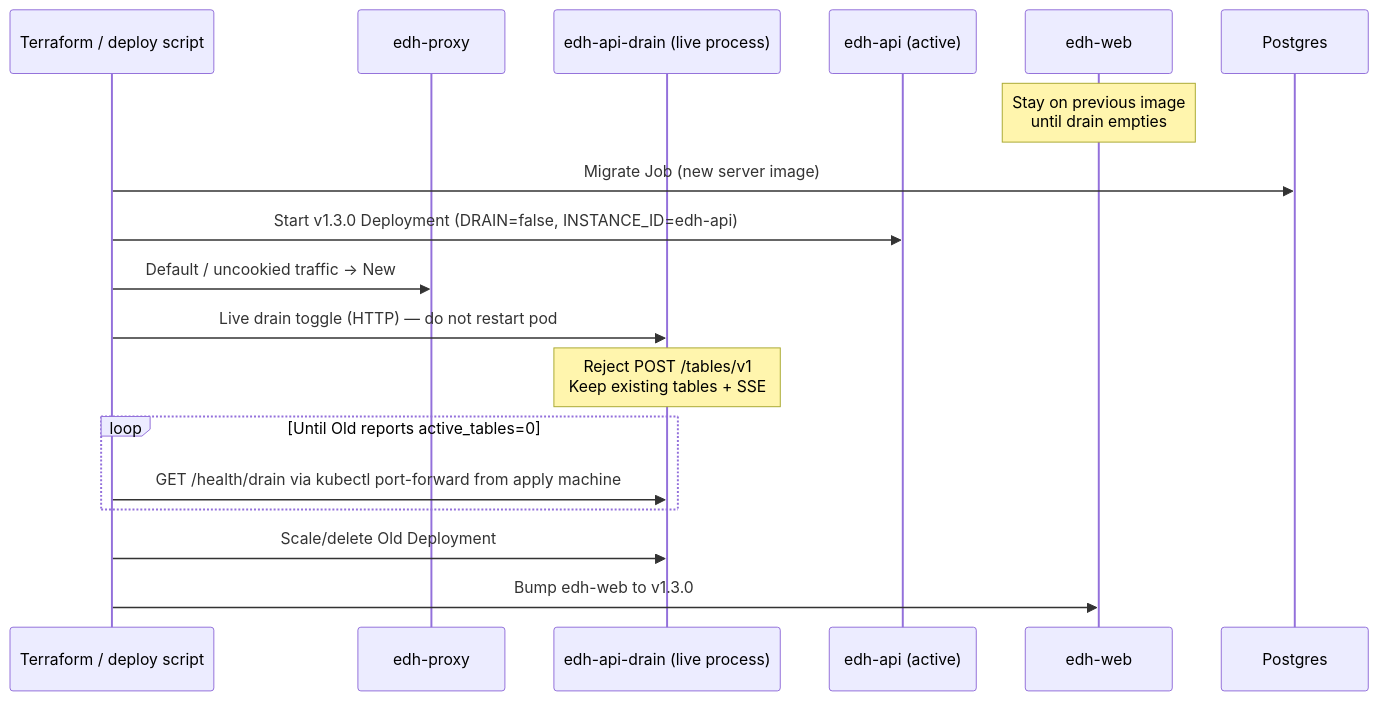
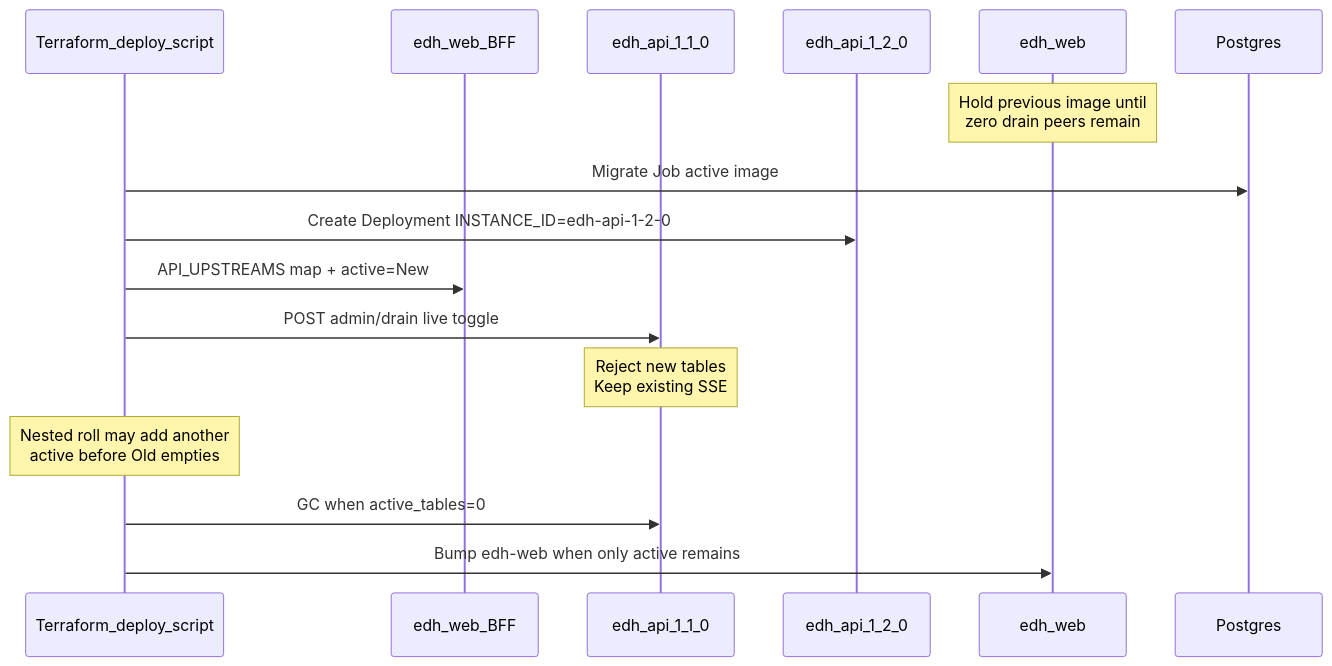
Before and after one commit to Reilley64/mtgfr: the diagram in docs/prds/DEPLOYMENT.md, drawn with Mermaid. The commit also changed other lines of this file and 17 other files, not shown here.

First line of the commit message:
feat: N-instance API drain with SolidStart cookie sticky

````diff
--- a/docs/prds/DEPLOYMENT.md
+++ b/docs/prds/DEPLOYMENT.md
@@ -227,21 +220,19 @@
 ```mermaid
 sequenceDiagram
-    participant TF as Terraform / deploy script
-    participant Proxy as edh-proxy
-    participant Old as edh-api-drain (live process)
-    participant New as edh-api (active)
-    participant Web as edh-web
+    participant TF as Terraform_deploy_script
+    participant BFF as edh_web_BFF
+    participant Old as edh_api_1_1_0
+    participant New as edh_api_1_2_0
+    participant Web as edh_web
     participant PG as Postgres
 
-    Note over Web: Stay on previous image<br/>until drain empties
-    TF->>PG: Migrate Job (new server image)
-    TF->>New: Start v1.3.0 Deployment (DRAIN=false, INSTANCE_ID=edh-api)
-    TF->>Proxy: Default / uncookied traffic → New
-    TF->>Old: Live drain toggle (HTTP) — do not restart pod
-    Note over Old: Reject POST /tables/v1<br/>Keep existing tables + SSE
-    loop Until Old reports active_tables=0
-        TF->>Old: GET /health/drain via kubectl port-forward from apply machine
-    end
-    TF->>Old: Scale/delete Old Deployment
-    TF->>Web: Bump edh-web to v1.3.0
+    Note over Web: Hold previous image until<br/>zero drain peers remain
+    TF->>PG: Migrate Job active image
+    TF->>New: Create Deployment INSTANCE_ID=edh-api-1-2-0
+    TF->>BFF: API_UPSTREAMS map + active=New
+    TF->>Old: POST admin/drain live toggle
+    Note over Old: Reject new tables<br/>Keep existing SSE
+    Note over TF: Nested roll may add another<br/>active before Old empties
+    TF->>Old: GC when active_tables=0
+    TF->>Web: Bump edh-web when only active remains
 ```
````
